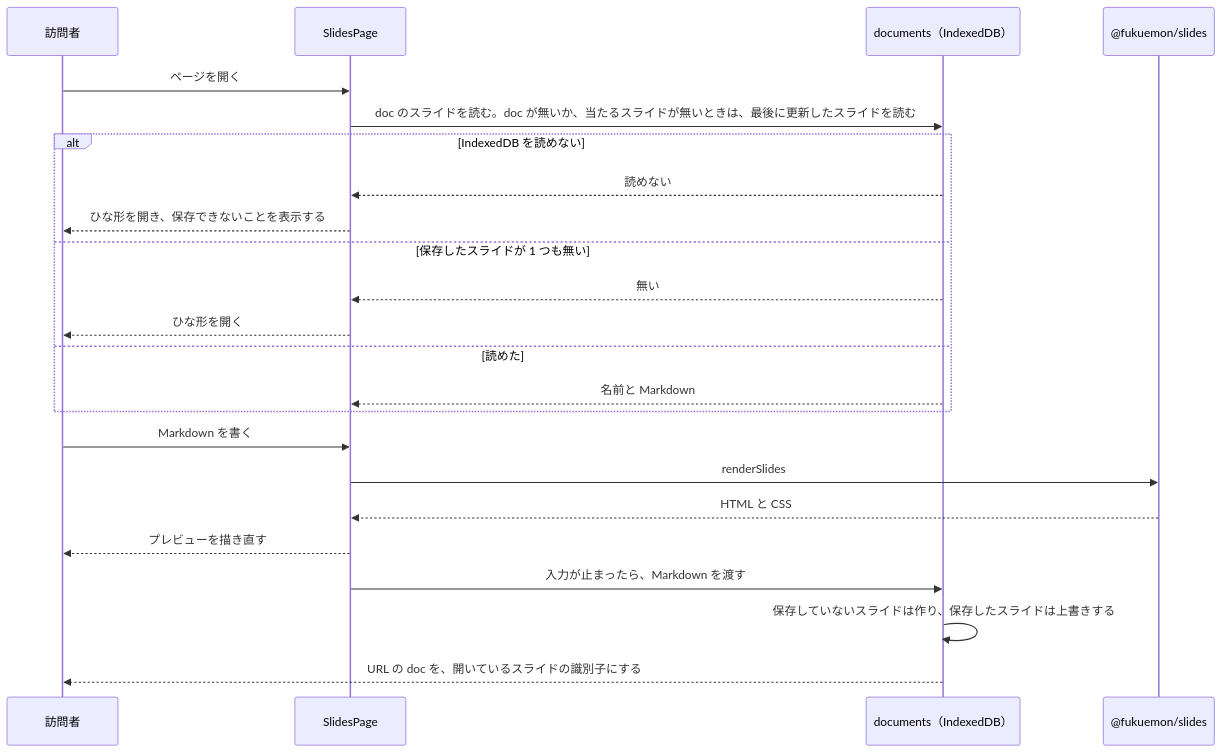
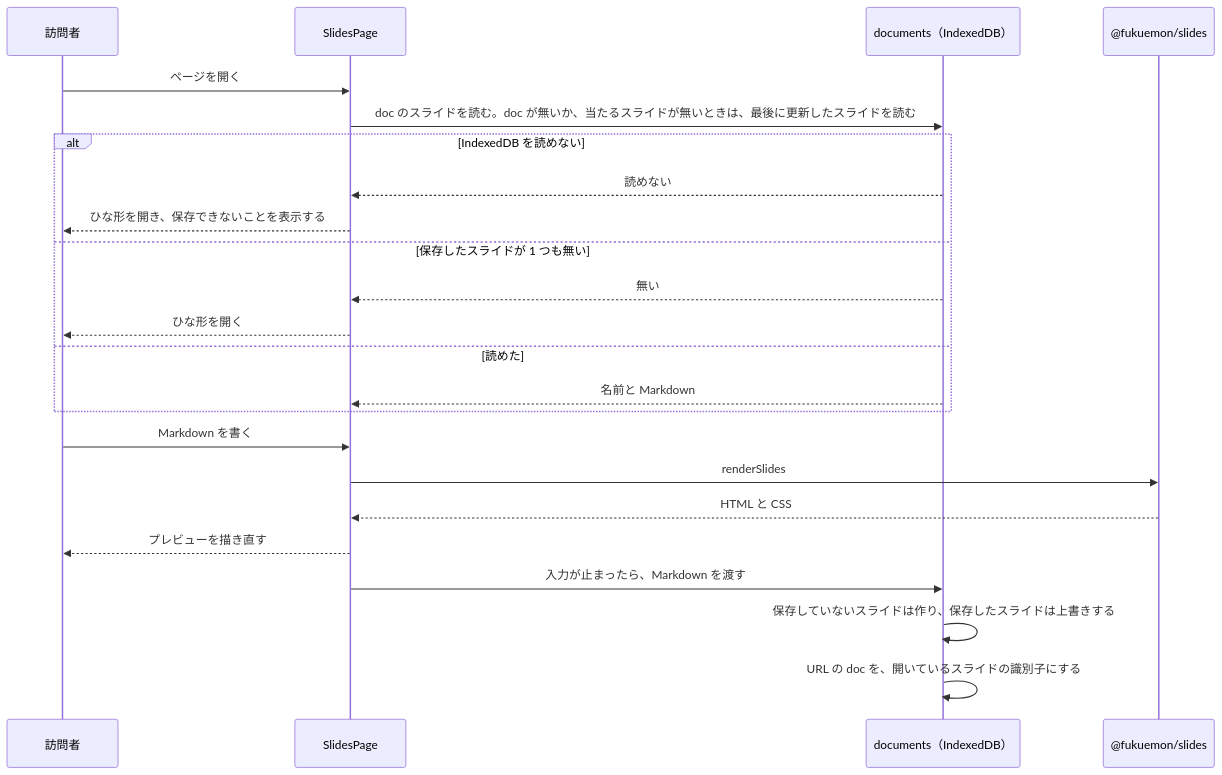
The third of 4 diagrams in docs/design/features/slides/DesignDoc.md (Fukuemon/fukuemon.dev), drawn with Mermaid before and after one commit. The commit also changed other lines of this file and 2 other files, not shown here.

````diff
--- a/docs/design/features/slides/DesignDoc.md
+++ b/docs/design/features/slides/DesignDoc.md
@@ -272,26 +284,26 @@
 ```mermaid
 sequenceDiagram
   participant V as 訪問者
   participant P as SlidesPage
   participant D as documents（IndexedDB）
   participant S as @fukuemon/slides
 
   V->>P: ページを開く
   P->>D: doc のスライドを読む。doc が無いか、当たるスライドが無いときは、最後に更新したスライドを読む
   alt IndexedDB を読めない
     D-->>P: 読めない
     P-->>V: ひな形を開き、保存できないことを表示する
   else 保存したスライドが 1 つも無い
     D-->>P: 無い
     P-->>V: ひな形を開く
   else 読めた
     D-->>P: 名前と Markdown
   end
   V->>P: Markdown を書く
   P->>S: renderSlides
   S-->>P: HTML と CSS
   P-->>V: プレビューを描き直す
   P->>D: 入力が止まったら、Markdown を渡す
   D->>D: 保存していないスライドは作り、保存したスライドは上書きする
-  D-->>V: URL の doc を、開いているスライドの識別子にする
+  D->>D: URL の doc を、開いているスライドの識別子にする
 ```
````
